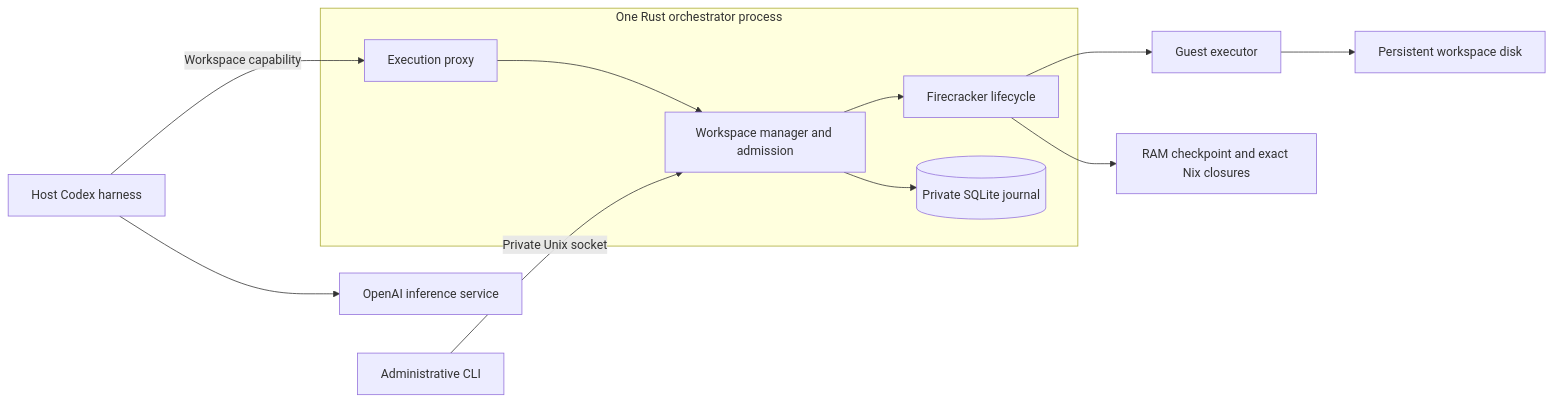
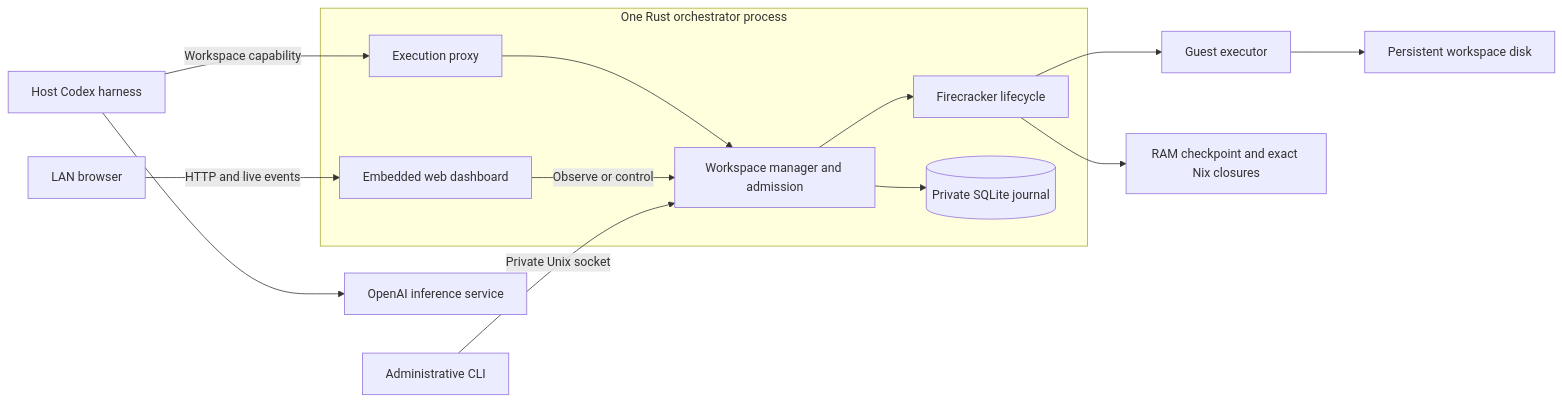
The first of 2 diagrams in README.md (mattreid1/environment-orchestrator), drawn with Mermaid before and after one commit. The commit also changed other lines of this file and 11 other files, not shown here.

Commit message:
feat: add embedded workspace dashboard

````diff
--- a/README.md
+++ b/README.md
@@ -9,14 +9,16 @@
 ```mermaid
 flowchart LR
     H[Host Codex harness] -->|Workspace capability| P[Execution proxy]
     subgraph R[One Rust orchestrator process]
         P --> M[Workspace manager and admission]
         M --> V[Firecracker lifecycle]
         M --> D[(Private SQLite journal)]
+        W[Embedded web dashboard] -->|Observe or control| M
     end
     V --> G[Guest executor]
     G --> F[Persistent workspace disk]
     V --> S[RAM checkpoint and exact Nix closures]
     H --> I[OpenAI inference service]
     A[Administrative CLI] -->|Private Unix socket| M
+    B[LAN browser] -->|HTTP and live events| W
 ```
````
